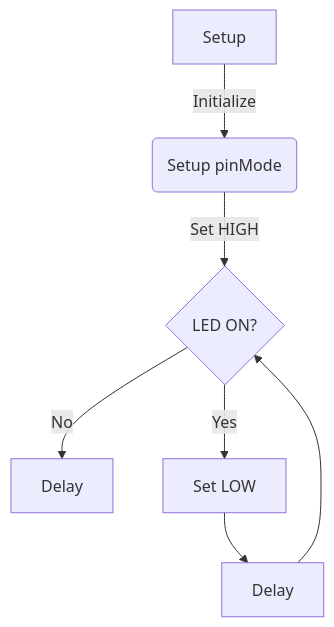
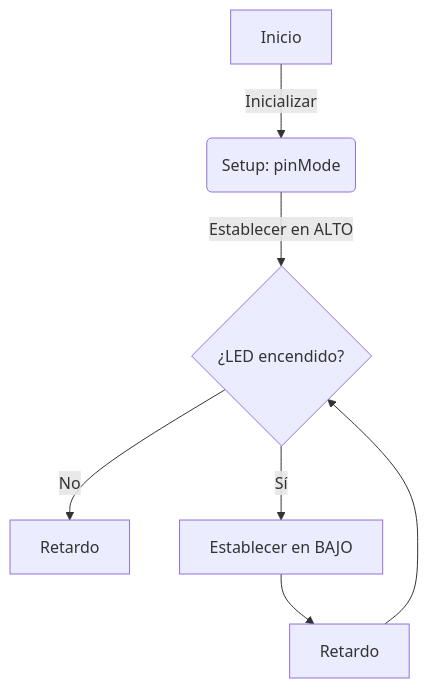
The first of 2 diagrams in README.md (XaviFdez/Practica1), drawn with Mermaid before and after one commit.

````diff
--- a/README.md
+++ b/README.md
@@ -171,9 +171,9 @@
 ```mermaid
 graph TD
-    A[Setup] -->|Initialize| B(Setup pinMode)
-    B -->|Set HIGH| C{LED ON?}
-    C -- No --> D[Delay]
-    C -- Yes --> E[Set LOW]
-    E --> F[Delay]
+    A[Inicio] -->|Inicializar| B(Setup: pinMode)
+    B -->|Establecer en ALTO| C{¿LED encendido?}
+    C -- No --> D[Retardo]
+    C -- Sí --> E[Establecer en BAJO]
+    E --> F[Retardo]
     F --> C
 ```
````
